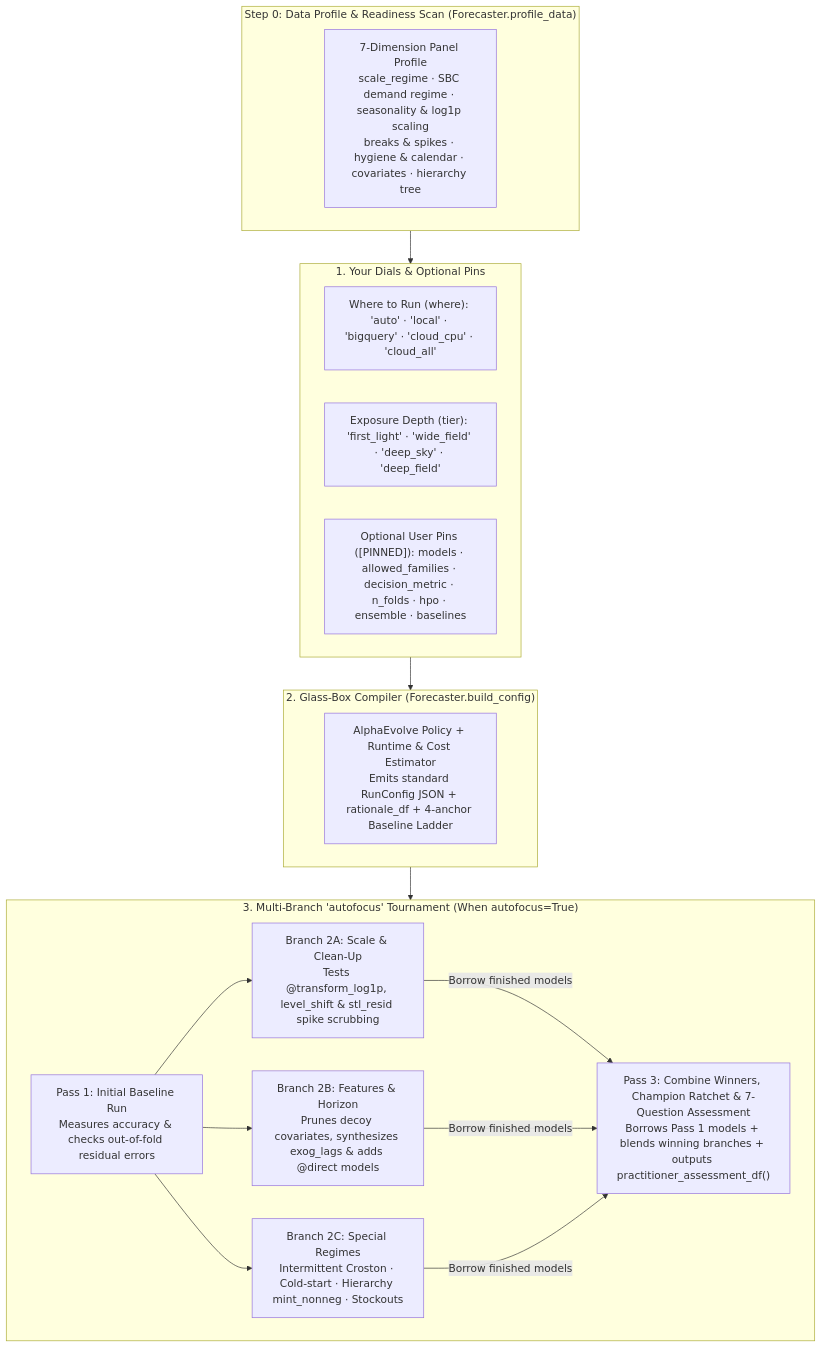
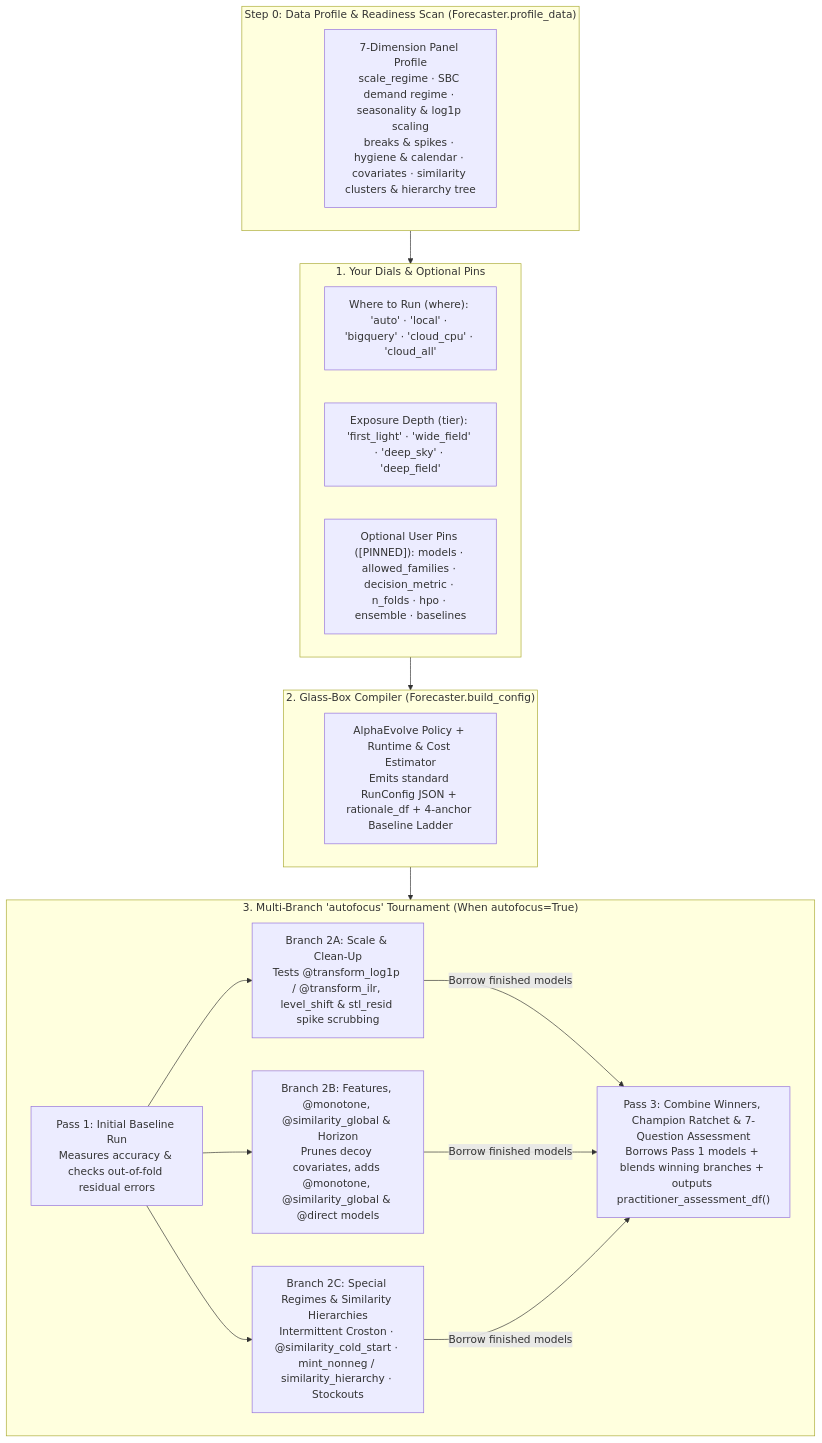
The diagram in docs/auto_forecaster.md (statmike/scale-forecasting), drawn with Mermaid before and after one commit. The commit also changed other lines of this file and 31 other files, not shown here.

````diff
--- a/docs/auto_forecaster.md
+++ b/docs/auto_forecaster.md
@@ -255,28 +256,28 @@
 ```mermaid
 flowchart TD
     subgraph Step0["Step 0: Data Profile & Readiness Scan (Forecaster.profile_data)"]
-        P0["7-Dimension Panel Profile<br/>scale_regime · SBC demand regime · seasonality & log1p scaling<br/>breaks & spikes · hygiene & calendar · covariates · hierarchy tree"]
+        P0["7-Dimension Panel Profile<br/>scale_regime · SBC demand regime · seasonality & log1p scaling<br/>breaks & spikes · hygiene & calendar · covariates · similarity clusters & hierarchy tree"]
     end
 
     subgraph Dials["1. Your Dials & Optional Pins"]
         D1["Where to Run (where): 'auto' · 'local' · 'bigquery' · 'cloud_cpu' · 'cloud_all'"]
         D2["Exposure Depth (tier): 'first_light' · 'wide_field' · 'deep_sky' · 'deep_field'"]
         D3["Optional User Pins ([PINNED]): models · allowed_families · decision_metric · n_folds · hpo · ensemble · baselines"]
     end
 
     subgraph Compiler["2. Glass-Box Compiler (Forecaster.build_config)"]
         C1["AlphaEvolve Policy + Runtime & Cost Estimator<br/>Emits standard RunConfig JSON + rationale_df + 4-anchor Baseline Ladder"]
     end
 
     subgraph DAG["3. Multi-Branch 'autofocus' Tournament (When autofocus=True)"]
         Pass1["Pass 1: Initial Baseline Run<br/>Measures accuracy & checks out-of-fold residual errors"]
-        B2A["Branch 2A: Scale & Clean-Up<br/>Tests @transform_log1p, level_shift & stl_resid spike scrubbing"]
-        B2B["Branch 2B: Features & Horizon<br/>Prunes decoy covariates, synthesizes exog_lags & adds @direct models"]
-        B2C["Branch 2C: Special Regimes<br/>Intermittent Croston · Cold-start · Hierarchy mint_nonneg · Stockouts"]
+        B2A["Branch 2A: Scale & Clean-Up<br/>Tests @transform_log1p / @transform_ilr, level_shift & stl_resid spike scrubbing"]
+        B2B["Branch 2B: Features, @monotone, @similarity_global & Horizon<br/>Prunes decoy covariates, adds @monotone, @similarity_global & @direct models"]
+        B2C["Branch 2C: Special Regimes & Similarity Hierarchies<br/>Intermittent Croston · @similarity_cold_start · mint_nonneg / similarity_hierarchy · Stockouts"]
         Pass3["Pass 3: Combine Winners, Champion Ratchet & 7-Question Assessment<br/>Borrows Pass 1 models + blends winning branches + outputs practitioner_assessment_df()"]
         Pass1 --> B2A & B2B & B2C
         B2A & B2B & B2C -->|"Borrow finished models"| Pass3
     end
 
     Step0 --> Dials --> Compiler --> DAG
 ```
````
